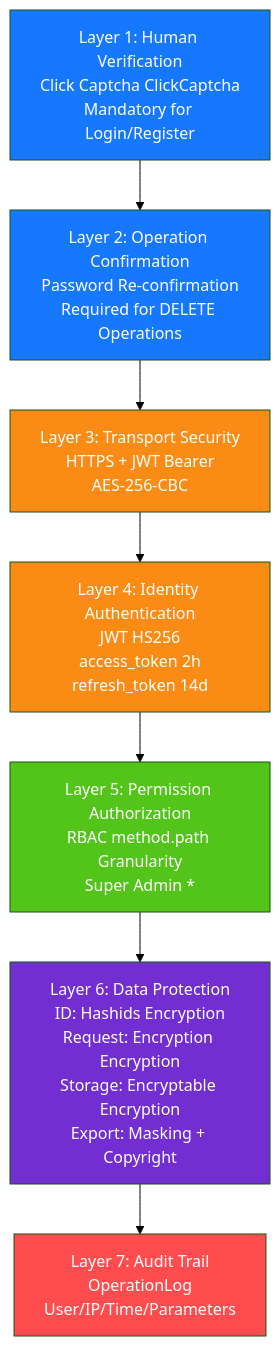
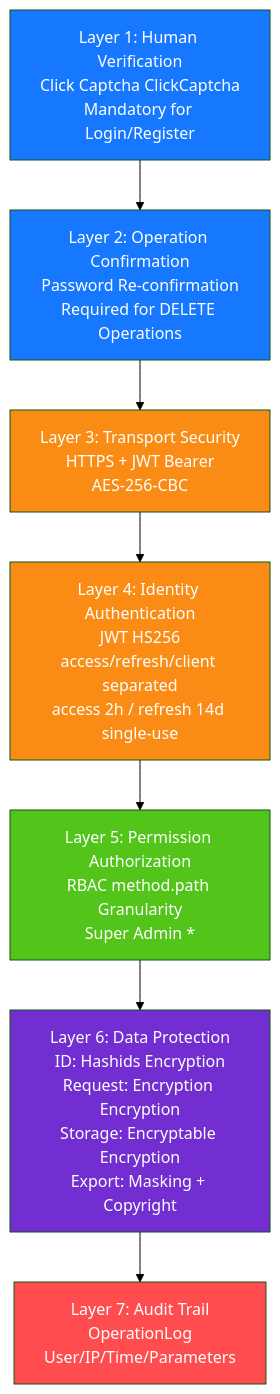
The diagram in admin/docs/diagrams/11-security-defense.en.md (erikwang2013/integrated-global-logistics), drawn with Mermaid (forest theme) before and after one commit. The commit also changed other lines of this file and 88 other files, not shown here.

````diff
--- a/admin/docs/diagrams/11-security-defense.en.md
+++ b/admin/docs/diagrams/11-security-defense.en.md
@@ -7,20 +7,20 @@
 ```mermaid
 flowchart TB
     l1["Layer 1: Human Verification<br/>Click Captcha ClickCaptcha<br/>Mandatory for Login/Register"]
     l2["Layer 2: Operation Confirmation<br/>Password Re-confirmation<br/>Required for DELETE Operations"]
     l3["Layer 3: Transport Security<br/>HTTPS + JWT Bearer<br/>AES-256-CBC"]
-    l4["Layer 4: Identity Authentication<br/>JWT HS256<br/>access_token 2h<br/>refresh_token 14d"]
+    l4["Layer 4: Identity Authentication<br/>JWT HS256<br/>access/refresh/client separated<br/>access 2h / refresh 14d single-use"]
     l5["Layer 5: Permission Authorization<br/>RBAC method.path Granularity<br/>Super Admin *"]
     l6["Layer 6: Data Protection<br/>ID: Hashids Encryption<br/>Request: Encryption Encryption<br/>Storage: Encryptable Encryption<br/>Export: Masking + Copyright"]
     l7["Layer 7: Audit Trail<br/>OperationLog<br/>User/IP/Time/Parameters"]
 
     l1 --> l2 --> l3 --> l4 --> l5 --> l6 --> l7
 
     style l1 fill:#1677FF,color:#fff
     style l2 fill:#1677FF,color:#fff
     style l3 fill:#FA8C16,color:#fff
     style l4 fill:#FA8C16,color:#fff
     style l5 fill:#52C41A,color:#fff
     style l6 fill:#722ED1,color:#fff
     style l7 fill:#FF4D4F,color:#fff
 ```
````
